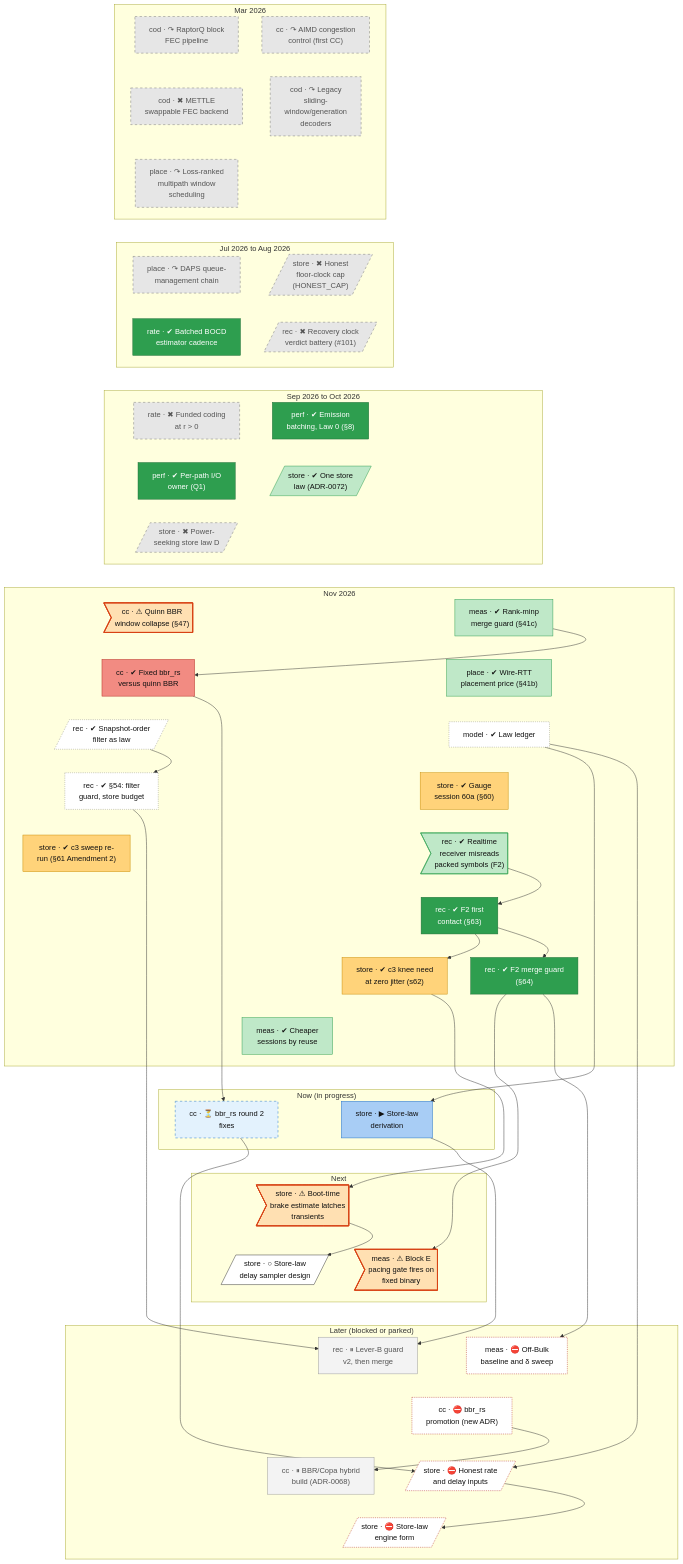
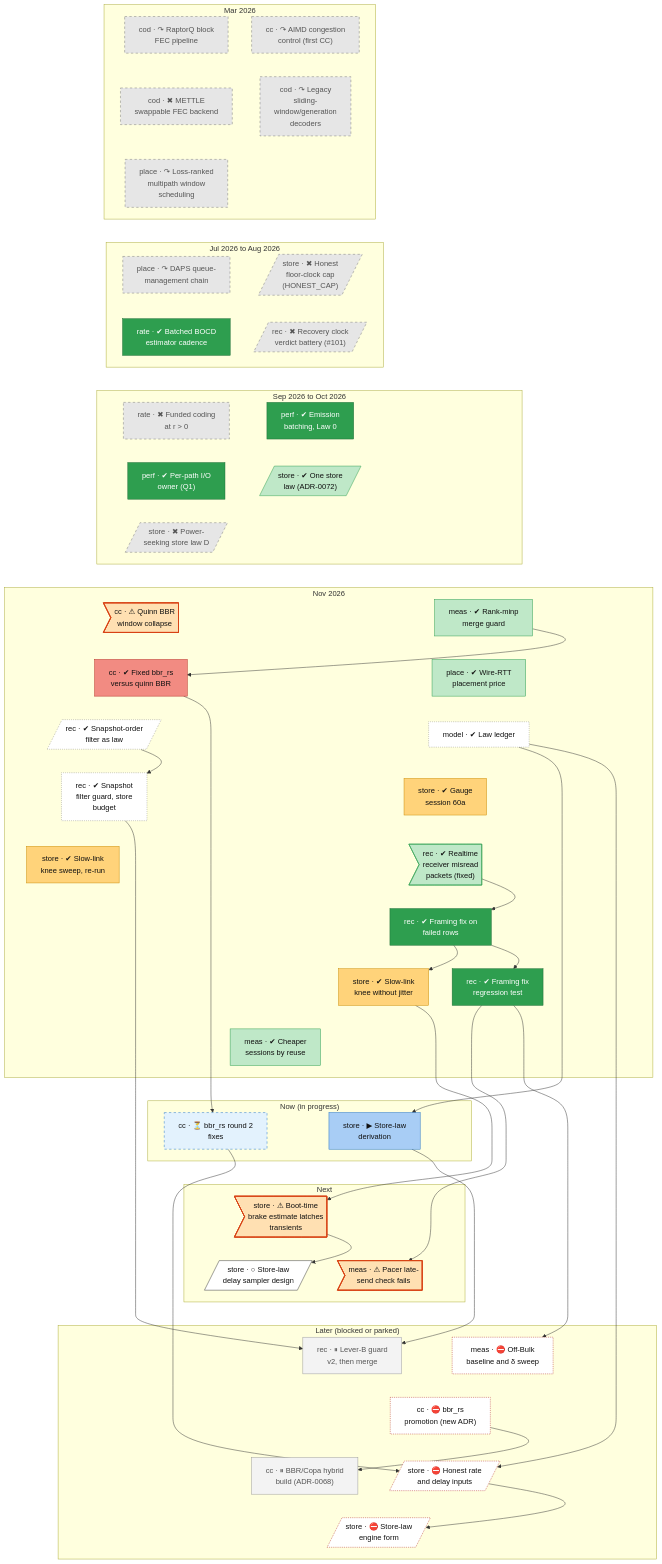
Before and after one commit to lhns/raptorpath: the second of 2 diagrams in docs/roadmap.md, drawn with Mermaid. The commit also changed other lines of this file and 12 other files, not shown here.

First line of the commit message:
roadmap: plain titles - no section numbers or internal codenames (block E, F2, s62, 61a) in titles or plain sentences

```diff
--- a/docs/roadmap.md
+++ b/docs/roadmap.md
@@ -112,25 +112,25 @@
     end
     subgraph bd_2["Sep 2026 to Oct 2026"]
         rate_r_battery["rate · ✖ Funded coding<br/>at r #gt; 0"]
-        perf_emit_batch_law0["perf · ✔ Emission<br/>batching, Law 0 (#167;8)"]
+        perf_emit_batch_law0["perf · ✔ Emission<br/>batching, Law 0"]
         perf_io_owner["perf · ✔ Per-path I/O<br/>owner (Q1)"]
         store_adr72_one_law[/"store · ✔ One store<br/>law (ADR-0072)"/]
         store_power_law[/"store · ✖ Power-<br/>seeking store law D"/]
     end
     subgraph bd_3["Nov 2026"]
-        cc_quinn_bbr_collapse>"cc · ⚠ Quinn BBR<br/>window collapse (#167;47)"]
-        meas_guard_41c["meas · ✔ Rank-minp<br/>merge guard (#167;41c)"]
+        cc_quinn_bbr_collapse>"cc · ⚠ Quinn BBR<br/>window collapse"]
+        meas_guard_41c["meas · ✔ Rank-minp<br/>merge guard"]
         cc_bbrrs_r1["cc · ✔ Fixed bbr_rs<br/>versus quinn BBR"]
-        place_wire_price["place · ✔ Wire-RTT<br/>placement price (#167;41b)"]
+        place_wire_price["place · ✔ Wire-RTT<br/>placement price"]
         rec_snapver_law[/"rec · ✔ Snapshot-order<br/>filter as law"/]
         model_law_ledger["model · ✔ Law ledger"]
-        rec_s54_session["rec · ✔ #167;54: filter<br/>guard, store budget"]
-        store_s60a["store · ✔ Gauge<br/>session 60a (#167;60)"]
-        store_s61a_rerun["store · ✔ c3 sweep re-<br/>run (#167;61 Amendment 2)"]
-        rec_defect_realtime_framing>"rec · ✔ Realtime<br/>receiver misreads<br/>packed symbols (F2)"]
-        rec_s63_f2_first_contact["rec · ✔ F2 first<br/>contact (#167;63)"]
-        store_s62_j0["store · ✔ c3 knee need<br/>at zero jitter (s62)"]
-        rec_f2_merge_guard["rec · ✔ F2 merge guard<br/>(#167;64)"]
+        rec_s54_session["rec · ✔ Snapshot<br/>filter guard, store<br/>budget"]
+        store_s60a["store · ✔ Gauge<br/>session 60a"]
+        store_s61a_rerun["store · ✔ Slow-link<br/>knee sweep, re-run"]
+        rec_defect_realtime_framing>"rec · ✔ Realtime<br/>receiver misread<br/>packets (fixed)"]
+        rec_s63_f2_first_contact["rec · ✔ Framing fix on<br/>failed rows"]
+        store_s62_j0["store · ✔ Slow-link<br/>knee without jitter"]
+        rec_f2_merge_guard["rec · ✔ Framing fix<br/>regression test"]
         meas_harness_reuse["meas · ✔ Cheaper<br/>sessions by reuse"]
     end
     subgraph bd_4["Now (in progress)"]
@@ -140,7 +140,7 @@
     subgraph bd_5["Next"]
         store_defect_b0p_brake>"store · ⚠ Boot-time<br/>brake estimate latches<br/>transients"]
         store_sampler_design[/"store · ○ Store-law<br/>delay sampler design"/]
-        meas_blocke_pacing_gate>"meas · ⚠ Block E<br/>pacing gate fires on<br/>fixed binary"]
+        meas_blocke_pacing_gate>"meas · ⚠ Pacer late-<br/>send check fails"]
     end
     subgraph bd_6["Later (blocked or parked)"]
         rec_leverb_guard["rec · ⏸ Lever-B guard<br/>v2, then merge"]
```
